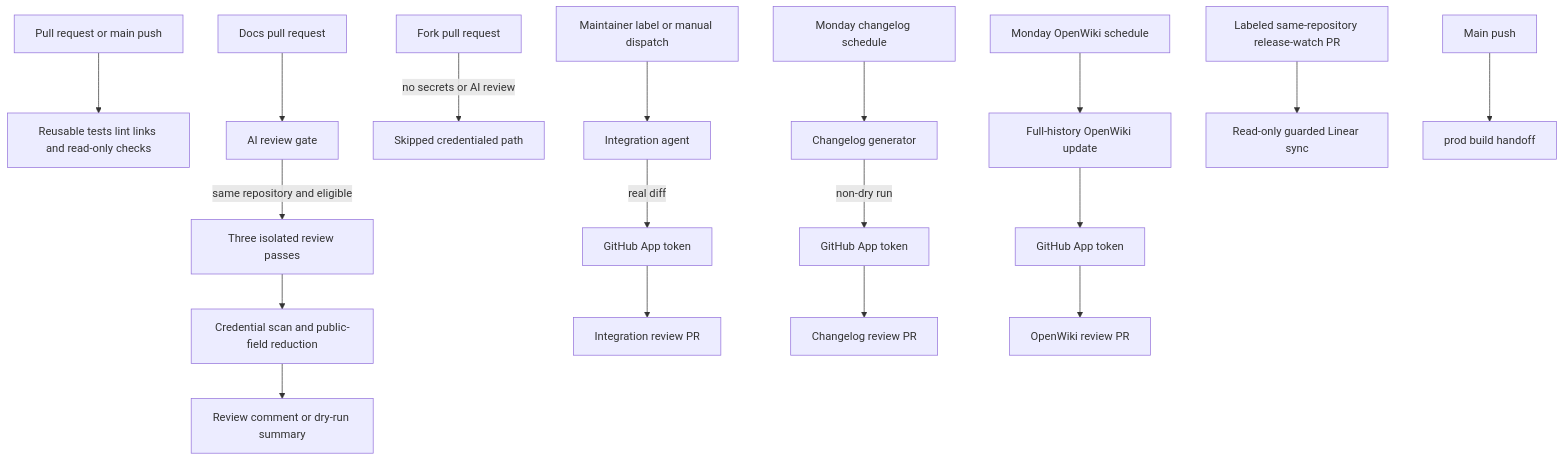
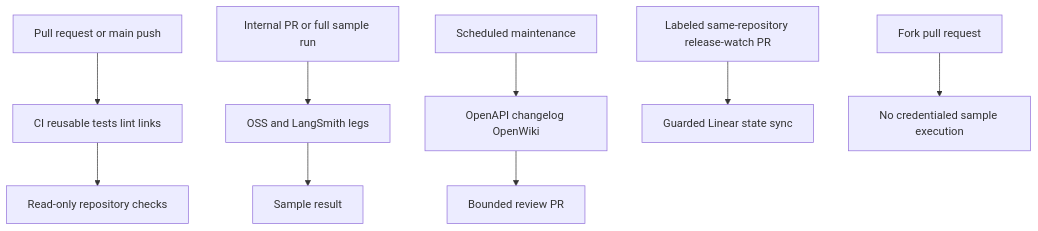
Before and after one commit to langchain-ai/docs: the first of 3 diagrams in openwiki/integrations/github-actions.md, drawn with Mermaid. The commit also changed other lines of this file and 42 other files, not shown here.

Commit message:
docs: update OpenWiki

````diff
--- a/openwiki/integrations/github-actions.md
+++ b/openwiki/integrations/github-actions.md
@@ -39,20 +43,11 @@
 ```mermaid
 flowchart TD
-  Change["Pull request or main push"] --> CI["Reusable tests lint links and read-only checks"]
-  Docs["Docs pull request"] --> Gate["AI review gate"]
-  Gate -->|"same repository and eligible"| Review["Three isolated review passes"]
-  Review --> Sanitize["Credential scan and public-field reduction"]
-  Sanitize --> Post["Review comment or dry-run summary"]
-  Fork["Fork pull request"] -->|"no secrets or AI review"| Skip["Skipped credentialed path"]
-  Maintainer["Maintainer label or manual dispatch"] --> Integration["Integration agent"]
-  Integration -->|"real diff"| App1["GitHub App token"]
-  App1 --> PR1["Integration review PR"]
-  Weekly["Monday changelog schedule"] --> Changelog["Changelog generator"]
-  Changelog -->|"non-dry run"| App2["GitHub App token"]
-  App2 --> PR2["Changelog review PR"]
-  Wiki["Monday OpenWiki schedule"] --> WikiRun["Full-history OpenWiki update"]
-  WikiRun --> App3["GitHub App token"]
-  App3 --> PR3["OpenWiki review PR"]
-  ReleasePr["Labeled same-repository release-watch PR"] --> Linear["Read-only guarded Linear sync"]
-  Main["Main push"] --> Publish["prod build handoff"]
+  Change["Pull request or main push"] --> Core["CI reusable tests lint links"]
+  Core --> Checks["Read-only repository checks"]
+  Samples["Internal PR or full sample run"] --> Matrix["OSS and LangSmith legs"]
+  Matrix --> Result["Sample result"]
+  Schedule["Scheduled maintenance"] --> Writers["OpenAPI changelog OpenWiki"]
+  Writers --> Proposal["Bounded review PR"]
+  Release["Labeled same-repository release-watch PR"] --> Linear["Guarded Linear state sync"]
+  Fork["Fork pull request"] --> Skip["No credentialed sample execution"]
 ```
````
